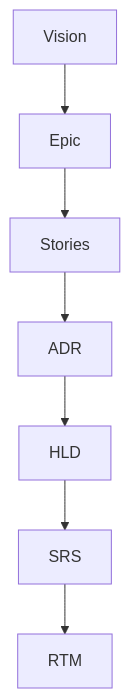
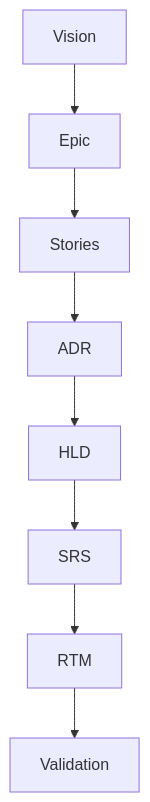
One commit to STARONE-INFOTECH/starone-galaxy-architecture changed the sixth of 7 diagrams in README.md. Above: the diagram before and after it, drawn with Mermaid. The commit also changed other lines of this file, not shown here.

First line of the commit message:
feat(repo): bootstrap StarOne Galaxy architecture repository structure

````diff
--- a/README.md
+++ b/README.md
@@ -324,10 +516,11 @@
 ```mermaid
 flowchart TD
 
 Vision --> Epic
 Epic --> Stories
 Stories --> ADR
 ADR --> HLD
 HLD --> SRS
 SRS --> RTM
+RTM --> Validation
 ```
````
